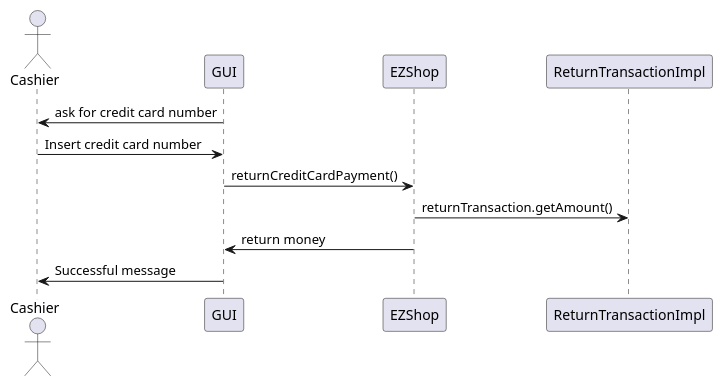
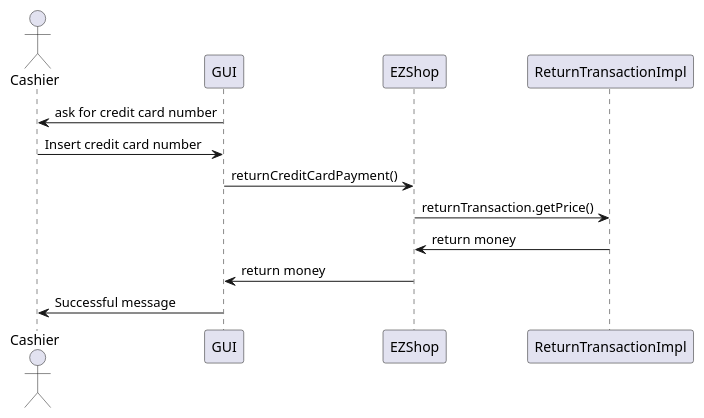
Before and after one commit to ThePiromaximus/ezshop: diagram 19 of 19 in Deliverables/DesignDocument.md, drawn with PlantUML. The commit also changed other lines of this file, not shown here.

````diff
--- a/Deliverables/DesignDocument.md
+++ b/Deliverables/DesignDocument.md
@@ -572,11 +573,12 @@
 ```plantuml
 @startuml
 actor Cashier
 GUI -> Cashier: ask for credit card number
 Cashier -> GUI: Insert credit card number
 GUI -> EZShop: returnCreditCardPayment()
-EZShop -> ReturnTransactionImpl:  returnTransaction.getAmount()
+EZShop -> ReturnTransactionImpl:  returnTransaction.getPrice()
+EZShop <- ReturnTransactionImpl: return money
 GUI <- EZShop: return money
 Cashier <- GUI: Successful message
 @enduml
 ```
````
